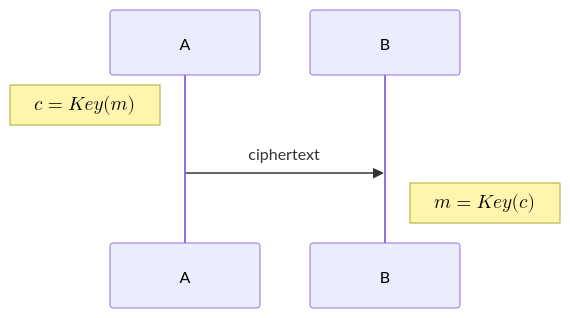
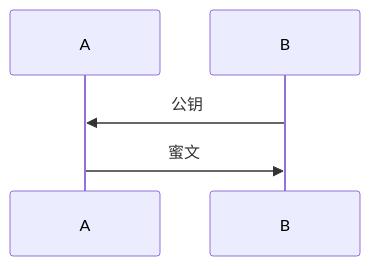
One commit to wdyjwdy/notes changed the second of 8 diagrams in network/tls.md. Above: the diagram before and after it, drawn with Mermaid. The commit also changed other lines of this file, not shown here.

````diff
--- a/network/tls.md
+++ b/network/tls.md
@@ -15,6 +30,8 @@
 ```mermaid
 sequenceDiagram
-  Note left of A: $$c = Key(m)$$
-  A ->> B: ciphertext
-  Note right of B: $$m = Key(c)$$
+  participant A
+  participant B
+
+  B ->> A: 公钥
+  A ->> B: 蜜文
 ```
````
